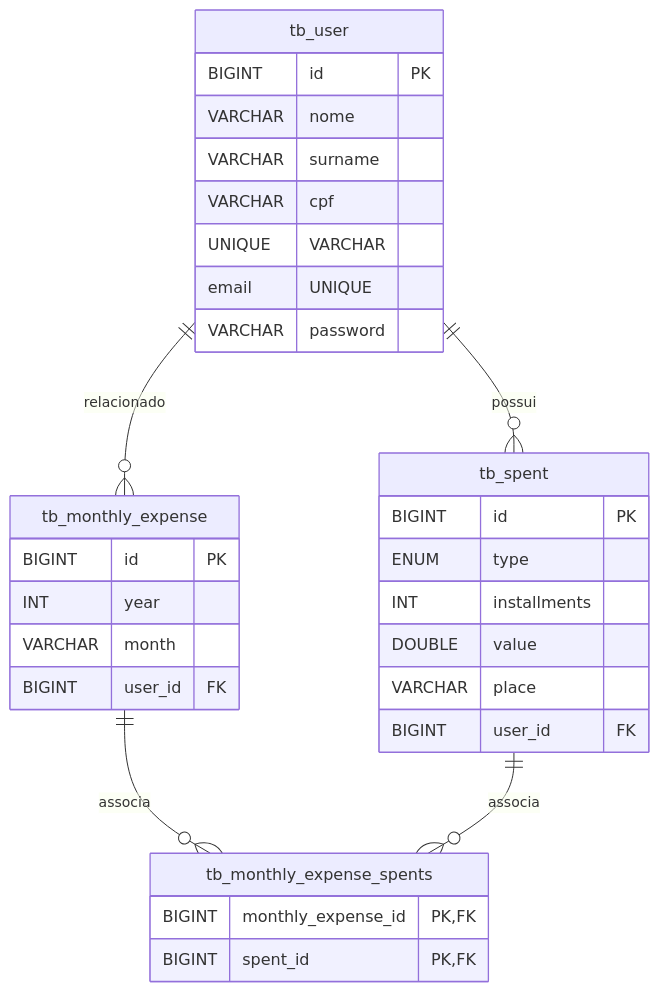
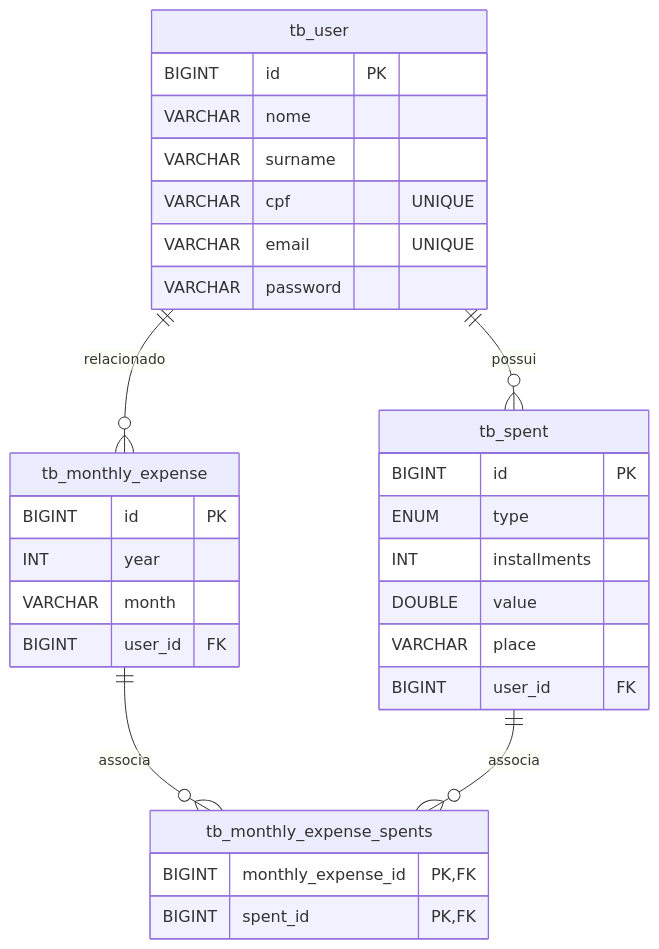
The diagram in README.md (Fioshi/java-spring-smartCash), drawn with Mermaid before and after one commit.

Commit message:
docs: arrumado diagrama do `mermaid`

````diff
--- a/README.md
+++ b/README.md
@@ -45,37 +45,37 @@
 ```mermaid
 erDiagram
     tb_user ||--o{ tb_spent : "possui"
     tb_user ||--o{ tb_monthly_expense : "relacionado"
     tb_monthly_expense ||--o{ tb_monthly_expense_spents : "associa"
     tb_spent ||--o{ tb_monthly_expense_spents : "associa"
 
     tb_user {
         BIGINT id PK
         VARCHAR nome
         VARCHAR surname
-        VARCHAR cpf UNIQUE
-        VARCHAR email UNIQUE
+        VARCHAR cpf "UNIQUE"
+        VARCHAR email "UNIQUE"
         VARCHAR password
     }
 
     tb_spent {
         BIGINT id PK
         ENUM type
         INT installments
         DOUBLE value
         VARCHAR place
         BIGINT user_id FK
     }
 
     tb_monthly_expense {
         BIGINT id PK
         INT year
         VARCHAR month
         BIGINT user_id FK
     }
 
     tb_monthly_expense_spents {
         BIGINT monthly_expense_id PK, FK
         BIGINT spent_id PK, FK
     }
 ```
````
